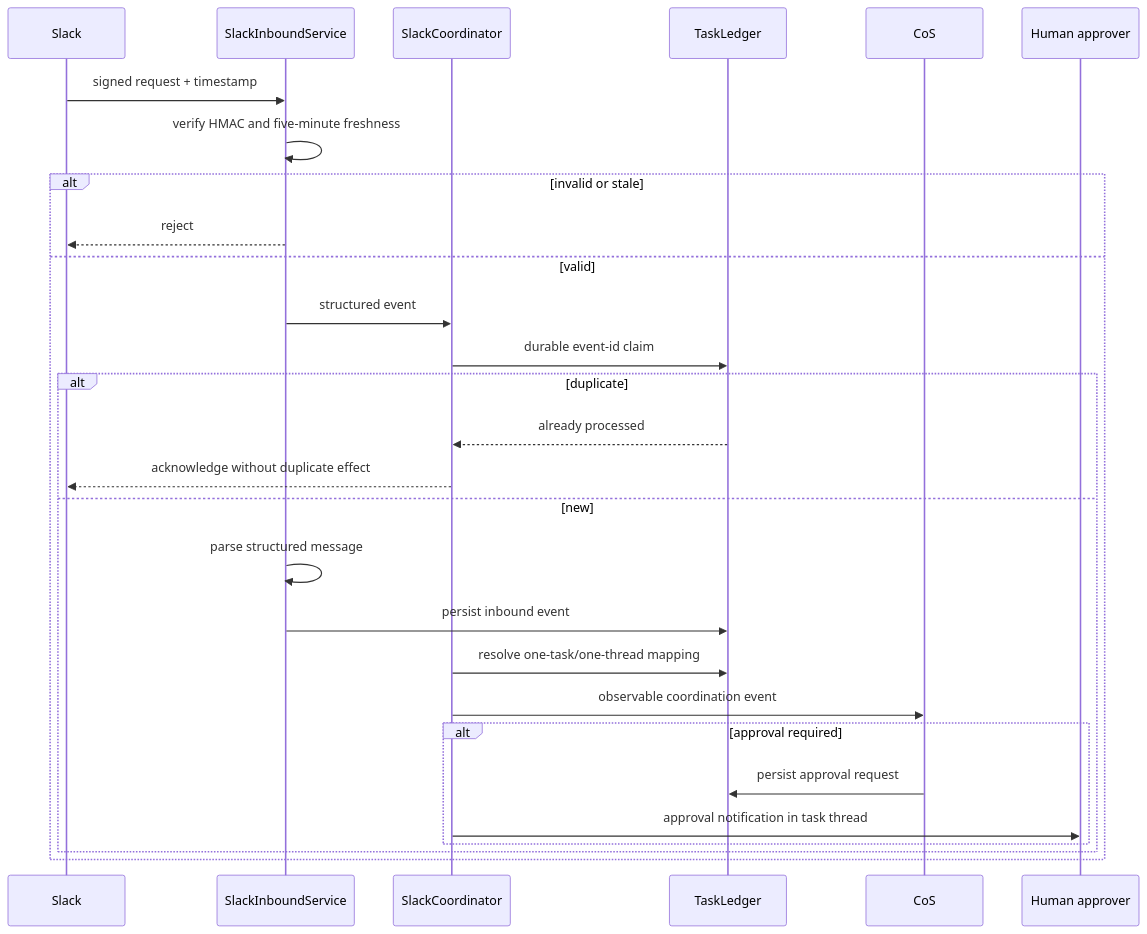
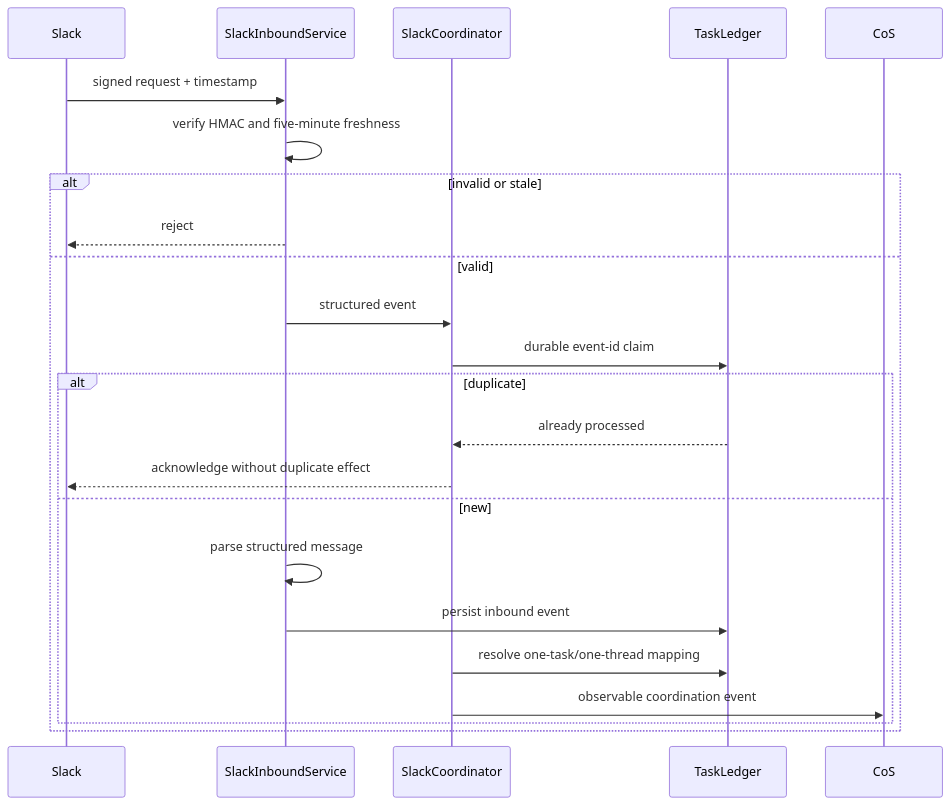
One commit to mkleinbe/mesh-ai-agent-cos-universe changed the first of 2 diagrams in docs/slack-agent-protocol.md. Above: the diagram before and after it, drawn with Mermaid. The commit also changed other lines of this file and 53 other files, not shown here.

````diff
--- a/docs/slack-agent-protocol.md
+++ b/docs/slack-agent-protocol.md
@@ -15,31 +28,26 @@
 ```mermaid
 sequenceDiagram
     participant S as Slack
     participant I as SlackInboundService
     participant C as SlackCoordinator
     participant L as TaskLedger
     participant COS as CoS
-    participant H as Human approver
 
     S->>I: signed request + timestamp
     I->>I: verify HMAC and five-minute freshness
     alt invalid or stale
         I-->>S: reject
     else valid
         I->>C: structured event
         C->>L: durable event-id claim
         alt duplicate
             L-->>C: already processed
             C-->>S: acknowledge without duplicate effect
         else new
             I->>I: parse structured message
             I->>L: persist inbound event
             C->>L: resolve one-task/one-thread mapping
             C->>COS: observable coordination event
-            alt approval required
-                COS->>L: persist approval request
-                C->>H: approval notification in task thread
-            end
         end
     end
 ```
````
